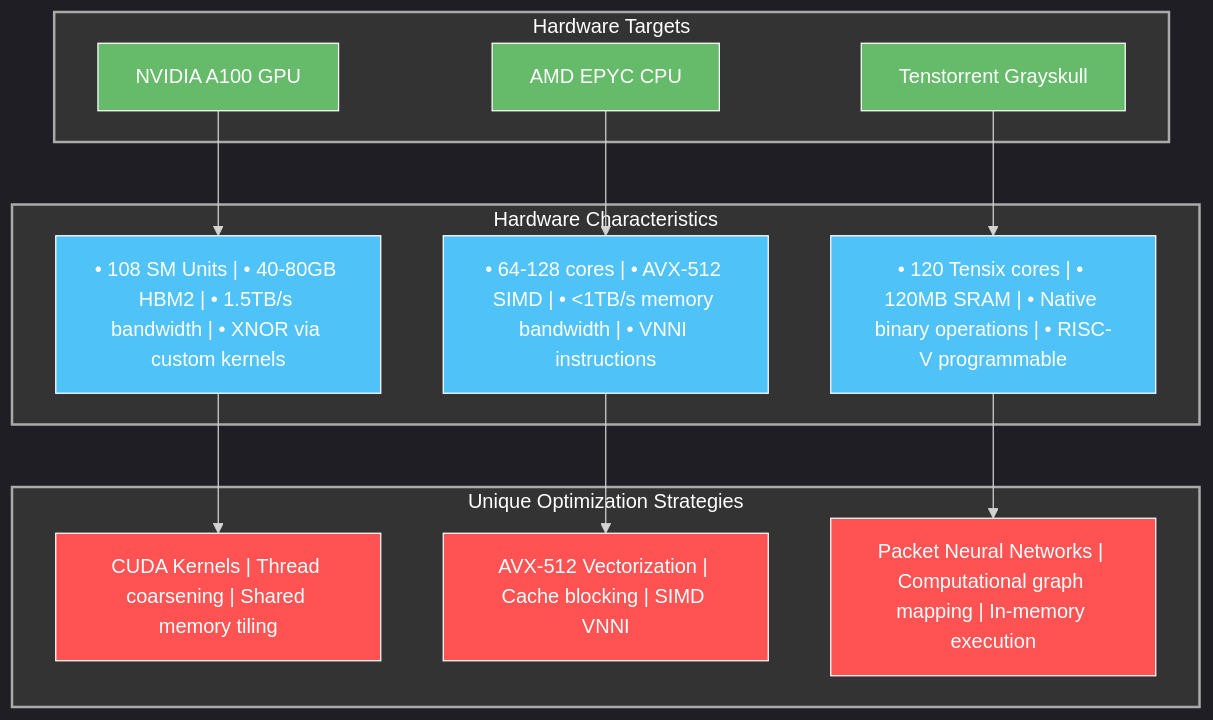
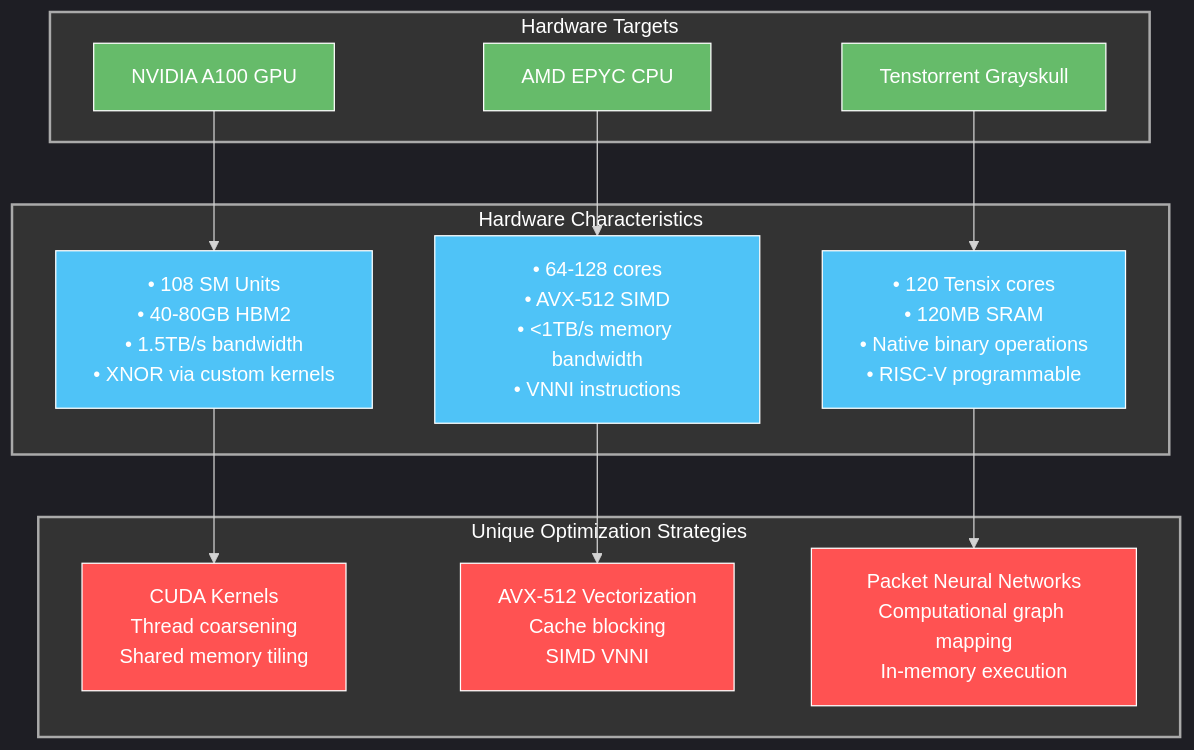
One commit to houstonhaynes/AD4SDocs changed the fifth of 6 diagrams in 06 SpeakEZs Olivier and Prospero.md. Above: the diagram before and after it, drawn with Mermaid. The commit also changed other lines of this file and 5 other files, not shown here.

Commit message:
fix mermaid part two

````diff
--- a/06 SpeakEZs Olivier and Prospero.md
+++ b/06 SpeakEZs Olivier and Prospero.md
@@ -569,42 +569,42 @@
 ```mermaid
 %%{init: {'theme': 'dark', 'themeVariables': { 'primaryColor': '#242424', 'primaryTextColor': '#fff', 'primaryBorderColor': '#888', 'lineColor': '#d3d3d3', 'secondaryColor': '#2b2b2b', 'tertiaryColor': '#333' }}}%%
 graph TD
     subgraph Targets["Hardware Targets"]
         NVIDIA["NVIDIA A100 GPU"]
         CPU["AMD EPYC CPU"]
         Tenstorrent["Tenstorrent Grayskull"]
     end
     
     subgraph Characteristics["Hardware Characteristics"]
-        NVIDIA_C["• 108 SM Units | • 40-80GB HBM2 | • 1.5TB/s bandwidth | • XNOR via custom kernels"]
-        CPU_C["• 64-128 cores | • AVX-512 SIMD | • <1TB/s memory bandwidth | • VNNI instructions"]
-        Tenstorrent_C["• 120 Tensix cores | • 120MB SRAM | • Native binary operations | • RISC-V programmable"]
+        NVIDIA_C["• 108 SM Units<br>• 40-80GB HBM2<br>• 1.5TB/s bandwidth<br>• XNOR via custom kernels"]
+        CPU_C["• 64-128 cores<br>• AVX-512 SIMD<br>• <1TB/s memory bandwidth<br>• VNNI instructions"]
+        Tenstorrent_C["• 120 Tensix cores<br>• 120MB SRAM<br>• Native binary operations<br>• RISC-V programmable"]
     end
     
     NVIDIA --> NVIDIA_C
     CPU --> CPU_C
     Tenstorrent --> Tenstorrent_C
     
     subgraph CodeGen["Unique Optimization Strategies"]
-        CUDA["CUDA Kernels | Thread coarsening | Shared memory tiling"]
-        AVX["AVX-512 Vectorization | Cache blocking | SIMD VNNI"]
-        Tensix["Packet Neural Networks | Computational graph mapping | In-memory execution"]
+        CUDA["CUDA Kernels<br>Thread coarsening<br>Shared memory tiling"]
+        AVX["AVX-512 Vectorization<br>Cache blocking<br>SIMD VNNI"]
+        Tensix["Packet Neural Networks<br>Computational graph mapping<br>In-memory execution"]
     end
     
     NVIDIA_C --> CUDA
     CPU_C --> AVX
     Tenstorrent_C --> Tensix
     
     style Targets fill:#333,stroke:#aaa,stroke-width:2px,color:#fff
     style Characteristics fill:#333,stroke:#aaa,stroke-width:2px,color:#fff
     style CodeGen fill:#333,stroke:#aaa,stroke-width:2px,color:#fff
     style NVIDIA fill:#66BB6A,stroke:#fff,stroke-width:1px,color:#fff
     style CPU fill:#66BB6A,stroke:#fff,stroke-width:1px,color:#fff
     style Tenstorrent fill:#66BB6A,stroke:#fff,stroke-width:1px,color:#fff
     style NVIDIA_C fill:#4FC3F7,stroke:#fff,stroke-width:1px,color:#fff
     style CPU_C fill:#4FC3F7,stroke:#fff,stroke-width:1px,color:#fff
     style Tenstorrent_C fill:#4FC3F7,stroke:#fff,stroke-width:1px,color:#fff
     style CUDA fill:#FF5252,stroke:#fff,stroke-width:1px,color:#fff
     style AVX fill:#FF5252,stroke:#fff,stroke-width:1px,color:#fff
     style Tensix fill:#FF5252,stroke:#fff,stroke-width:1px,color:#fff
 ```
````
